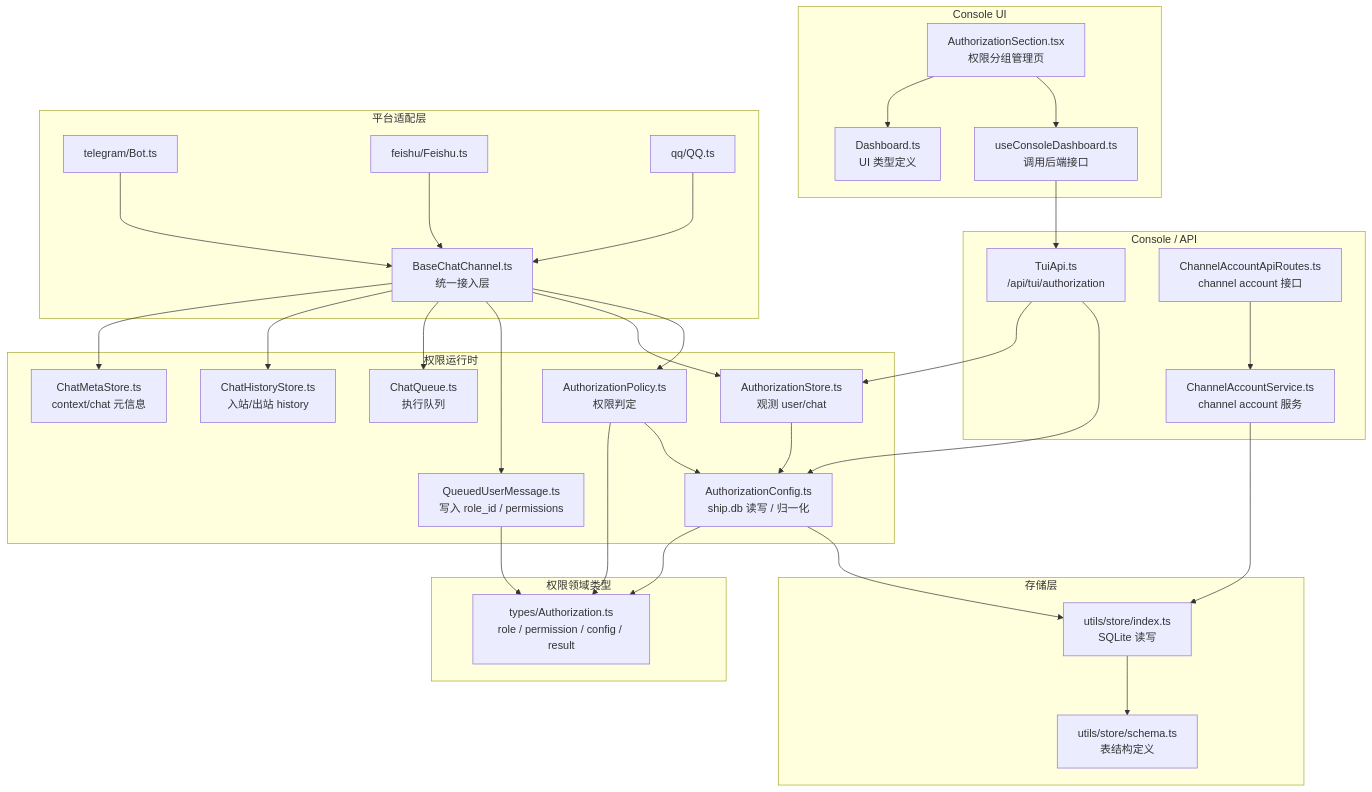
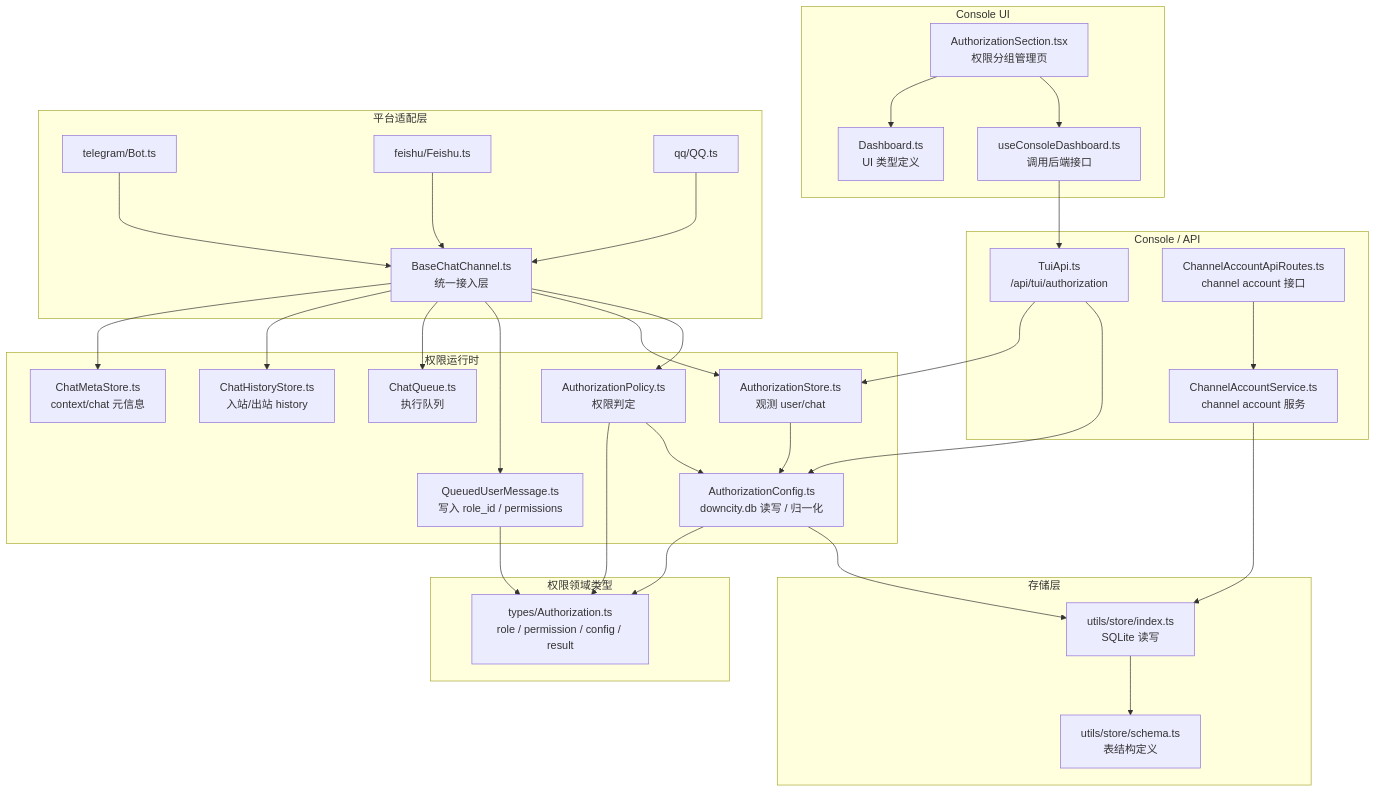
One commit to wangenius/downcity changed the first of 2 diagrams in docs/authorization.mdx. Above: the diagram before and after it, drawn with Mermaid. The commit also changed other lines of this file and 240 other files, not shown here.

````diff
--- a/docs/authorization.mdx
+++ b/docs/authorization.mdx
@@ -1,69 +1,69 @@
 ```mermaid
 flowchart TD
   subgraph UI["Console UI"]
     UI1["AuthorizationSection.tsx<br/>权限分组管理页"]
     UI2["useConsoleDashboard.ts<br/>调用后端接口"]
     UI3["Dashboard.ts<br/>UI 类型定义"]
   end
 
   subgraph API["Console / API"]
     API1["TuiApi.ts<br/>/api/tui/authorization"]
     API2["ChannelAccountApiRoutes.ts<br/>channel account 接口"]
     API3["ChannelAccountService.ts<br/>channel account 服务"]
   end
 
   subgraph Types["权限领域类型"]
     T1["types/Authorization.ts<br/>role / permission / config / result"]
   end
 
   subgraph Runtime["权限运行时"]
-    R1["AuthorizationConfig.ts<br/>ship.db 读写 / 归一化"]
+    R1["AuthorizationConfig.ts<br/>downcity.db 读写 / 归一化"]
     R2["AuthorizationPolicy.ts<br/>权限判定"]
     R3["AuthorizationStore.ts<br/>观测 user/chat"]
     R4["QueuedUserMessage.ts<br/>写入 role_id / permissions"]
     R5["ChatQueue.ts<br/>执行队列"]
     R6["ChatHistoryStore.ts<br/>入站/出站 history"]
     R7["ChatMetaStore.ts<br/>context/chat 元信息"]
   end
 
   subgraph Channel["平台适配层"]
     C1["BaseChatChannel.ts<br/>统一接入层"]
     C2["telegram/Bot.ts"]
     C3["feishu/Feishu.ts"]
     C4["qq/QQ.ts"]
   end
 
   subgraph Store["存储层"]
     S1["utils/store/index.ts<br/>SQLite 读写"]
     S2["utils/store/schema.ts<br/>表结构定义"]
   end
 
   UI1 --> UI2
   UI2 --> API1
   UI1 --> UI3
 
   API1 --> R1
   API1 --> R3
 
   API2 --> API3
   API3 --> S1
   S1 --> S2
 
   R1 --> S1
   R1 --> T1
   R2 --> R1
   R2 --> T1
   R3 --> R1
   R4 --> T1
 
   C2 --> C1
   C3 --> C1
   C4 --> C1
 
   C1 --> R2
   C1 --> R3
   C1 --> R4
   C1 --> R5
   C1 --> R6
   C1 --> R7
 ```
````
